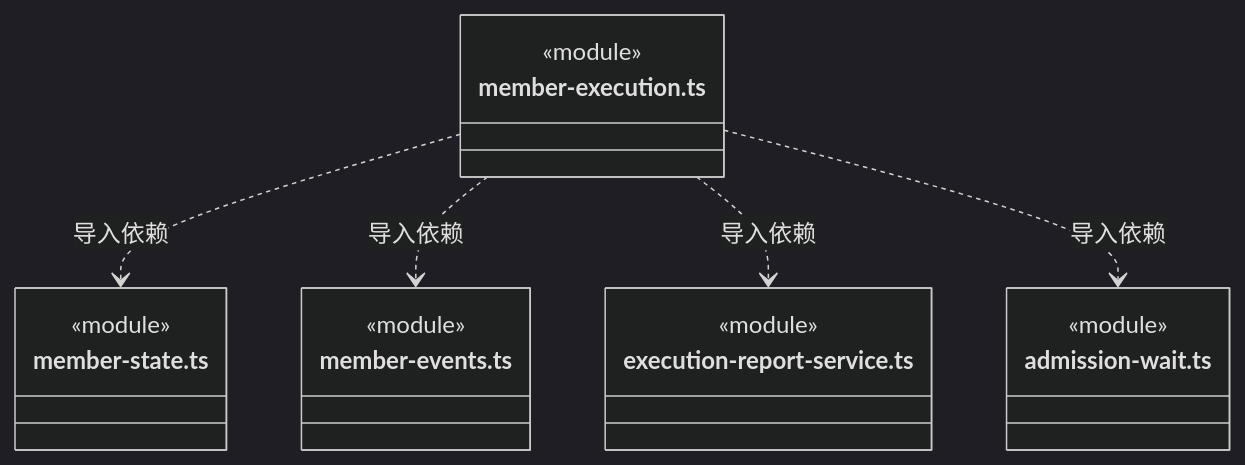
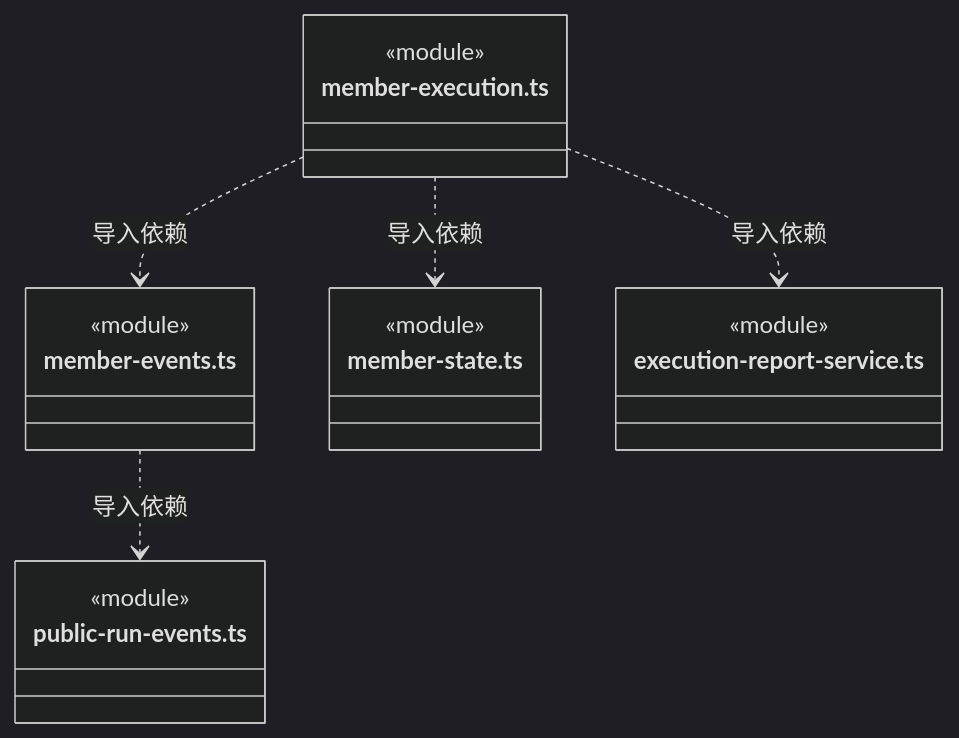
One commit to nan023062/cbim changed diagram 38 of 44 in src/backend/scheduler-engine/execution/ARCHITECTURE.md. Above: the diagram before and after it, drawn with Mermaid (dark theme). The commit also changed other lines of this file and 53 other files, not shown here.

````diff
--- a/src/backend/scheduler-engine/execution/ARCHITECTURE.md
+++ b/src/backend/scheduler-engine/execution/ARCHITECTURE.md
@@ -1018,22 +1057,22 @@
 ```mermaid
 classDiagram
+class N_src_backend_scheduler_engine_execution_member_events_ts["member-events.ts"] {
+  <<module>>
+}
+class N_src_backend_scheduler_engine_execution_public_run_events_ts["public-run-events.ts"] {
+  <<module>>
+}
 class N_src_backend_scheduler_engine_execution_member_execution_ts["member-execution.ts"] {
   <<module>>
 }
 class N_src_backend_scheduler_engine_execution_member_state_ts["member-state.ts"] {
   <<module>>
 }
-class N_src_backend_scheduler_engine_execution_member_events_ts["member-events.ts"] {
-  <<module>>
-}
 class N_src_backend_scheduler_engine_execution_execution_report_service_ts["execution-report-service.ts"] {
   <<module>>
 }
-class N_src_backend_scheduler_engine_execution_admission_wait_ts["admission-wait.ts"] {
-  <<module>>
-}
+N_src_backend_scheduler_engine_execution_member_events_ts ..> N_src_backend_scheduler_engine_execution_public_run_events_ts : 导入依赖
 N_src_backend_scheduler_engine_execution_member_execution_ts ..> N_src_backend_scheduler_engine_execution_member_state_ts : 导入依赖
 N_src_backend_scheduler_engine_execution_member_execution_ts ..> N_src_backend_scheduler_engine_execution_member_events_ts : 导入依赖
 N_src_backend_scheduler_engine_execution_member_execution_ts ..> N_src_backend_scheduler_engine_execution_execution_report_service_ts : 导入依赖
-N_src_backend_scheduler_engine_execution_member_execution_ts ..> N_src_backend_scheduler_engine_execution_admission_wait_ts : 导入依赖
 ```
````
